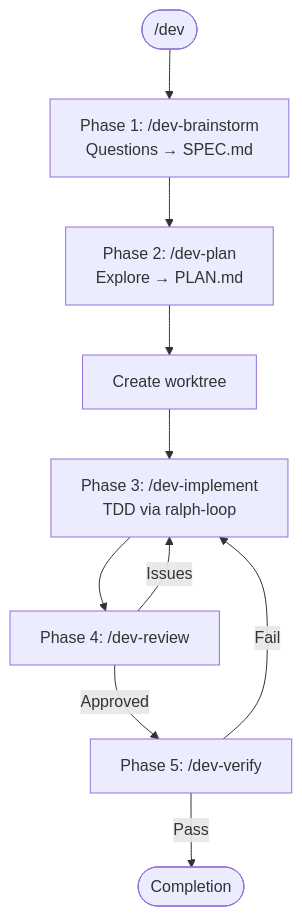
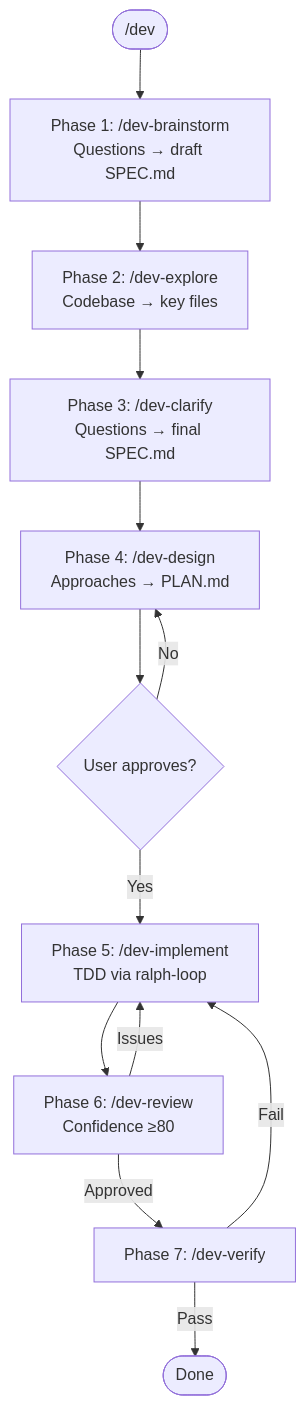
One commit to edwinhu/claude-plugins changed the diagram in plugins/workflows/skills/dev/SKILL.md. Above: the diagram before and after it, drawn with Mermaid. The commit also changed other lines of this file and 7 other files, not shown here.

First line of the commit message:
refactor: 7-phase dev workflow with feature-dev patterns

````diff
--- a/plugins/workflows/skills/dev/SKILL.md
+++ b/plugins/workflows/skills/dev/SKILL.md
@@ -69,12 +62,15 @@
 ```mermaid
 flowchart TD
-    Start(["/dev"]) --> Brainstorm["Phase 1: /dev-brainstorm<br/>Questions → SPEC.md"]
-    Brainstorm --> Plan["Phase 2: /dev-plan<br/>Explore → PLAN.md"]
-    Plan --> Worktree[Create worktree]
-    Worktree --> Implement["Phase 3: /dev-implement<br/>TDD via ralph-loop"]
-    Implement --> Review["Phase 4: /dev-review"]
+    Start(["/dev"]) --> Brainstorm["Phase 1: /dev-brainstorm<br/>Questions → draft SPEC.md"]
+    Brainstorm --> Explore["Phase 2: /dev-explore<br/>Codebase → key files"]
+    Explore --> Clarify["Phase 3: /dev-clarify<br/>Questions → final SPEC.md"]
+    Clarify --> Design["Phase 4: /dev-design<br/>Approaches → PLAN.md"]
+    Design --> Gate{User approves?}
+    Gate -->|No| Design
+    Gate -->|Yes| Implement["Phase 5: /dev-implement<br/>TDD via ralph-loop"]
+    Implement --> Review["Phase 6: /dev-review<br/>Confidence ≥80"]
     Review -->|Issues| Implement
-    Review -->|Approved| Verify["Phase 5: /dev-verify"]
+    Review -->|Approved| Verify["Phase 7: /dev-verify"]
     Verify -->|Fail| Implement
-    Verify -->|Pass| Complete([Completion])
+    Verify -->|Pass| Complete([Done])
 ```
````
